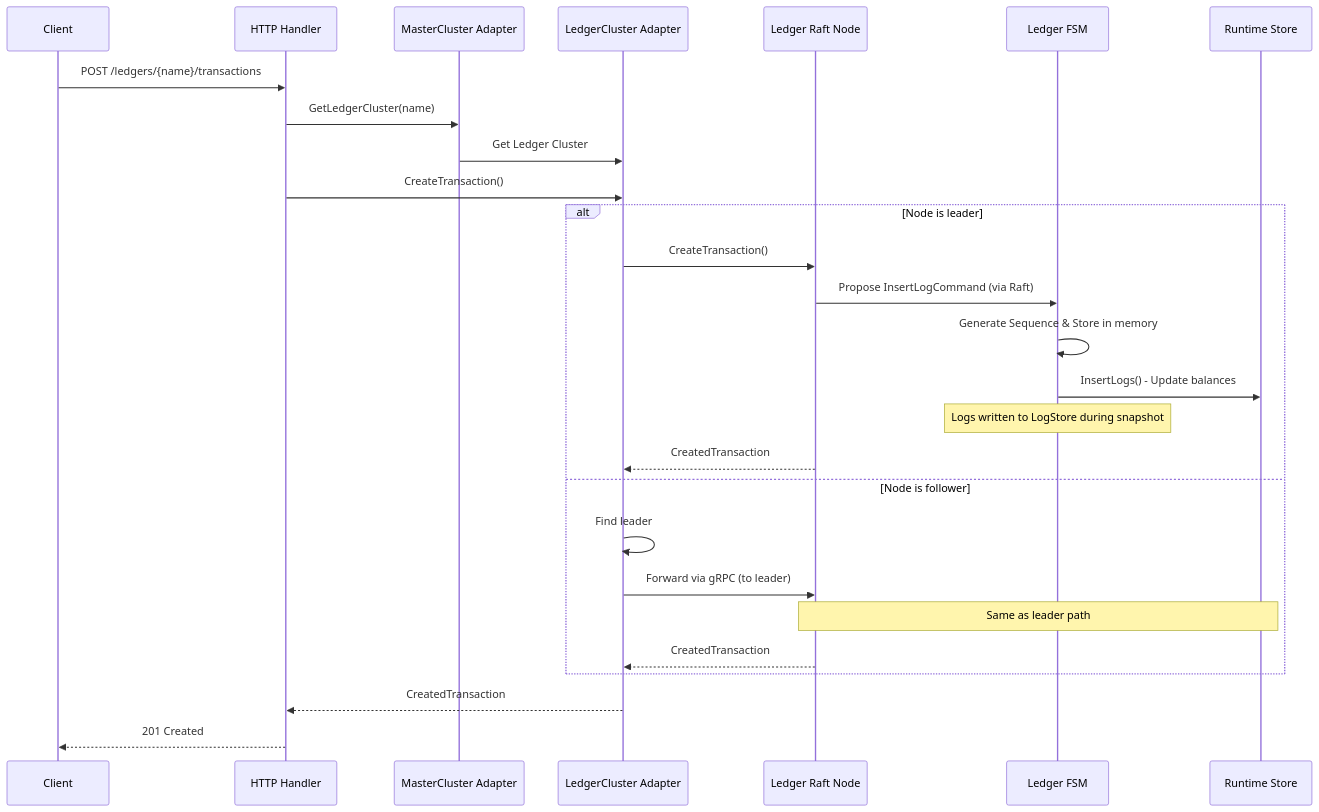
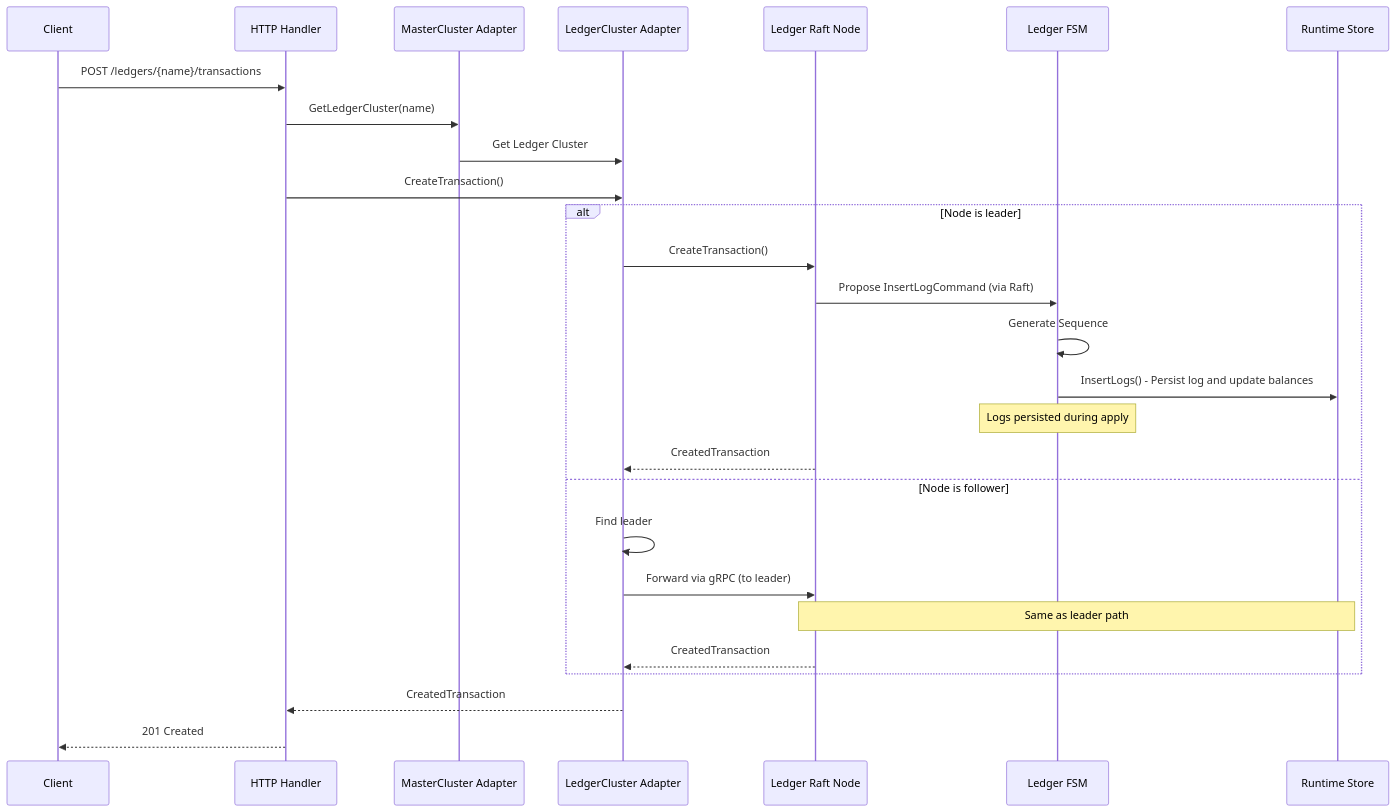
Before and after one commit to formancehq/ledger: the fifth of 6 diagrams in docs/architecture.md, drawn with Mermaid. The commit also changed other lines of this file and 66 other files, not shown here.

````diff
--- a/docs/architecture.md
+++ b/docs/architecture.md
@@ -219,32 +217,32 @@
 ```mermaid
 sequenceDiagram
     participant Client
     participant HTTP as HTTP Handler
     participant MasterCluster as MasterCluster Adapter
     participant LedgerCluster as LedgerCluster Adapter
     participant LedgerNode as Ledger Raft Node
     participant LedgerFSM as Ledger FSM
     participant RuntimeStore as Runtime Store
     
     Client->>HTTP: POST /ledgers/{name}/transactions
     HTTP->>MasterCluster: GetLedgerCluster(name)
     MasterCluster->>LedgerCluster: Get Ledger Cluster
     HTTP->>LedgerCluster: CreateTransaction()
     
     alt Node is leader
         LedgerCluster->>LedgerNode: CreateTransaction()
         LedgerNode->>LedgerFSM: Propose InsertLogCommand (via Raft)
-        LedgerFSM->>LedgerFSM: Generate Sequence & Store in memory
-        LedgerFSM->>RuntimeStore: InsertLogs() - Update balances
-        Note over LedgerFSM: Logs written to LogStore during snapshot
+        LedgerFSM->>LedgerFSM: Generate Sequence
+        LedgerFSM->>RuntimeStore: InsertLogs() - Persist log and update balances
+        Note over LedgerFSM: Logs persisted during apply
         LedgerNode-->>LedgerCluster: CreatedTransaction
     else Node is follower
         LedgerCluster->>LedgerCluster: Find leader
         LedgerCluster->>LedgerNode: Forward via gRPC (to leader)
         Note over LedgerNode,RuntimeStore: Same as leader path
         LedgerNode-->>LedgerCluster: CreatedTransaction
     end
     
     LedgerCluster-->>HTTP: CreatedTransaction
     HTTP-->>Client: 201 Created
 ```
````
